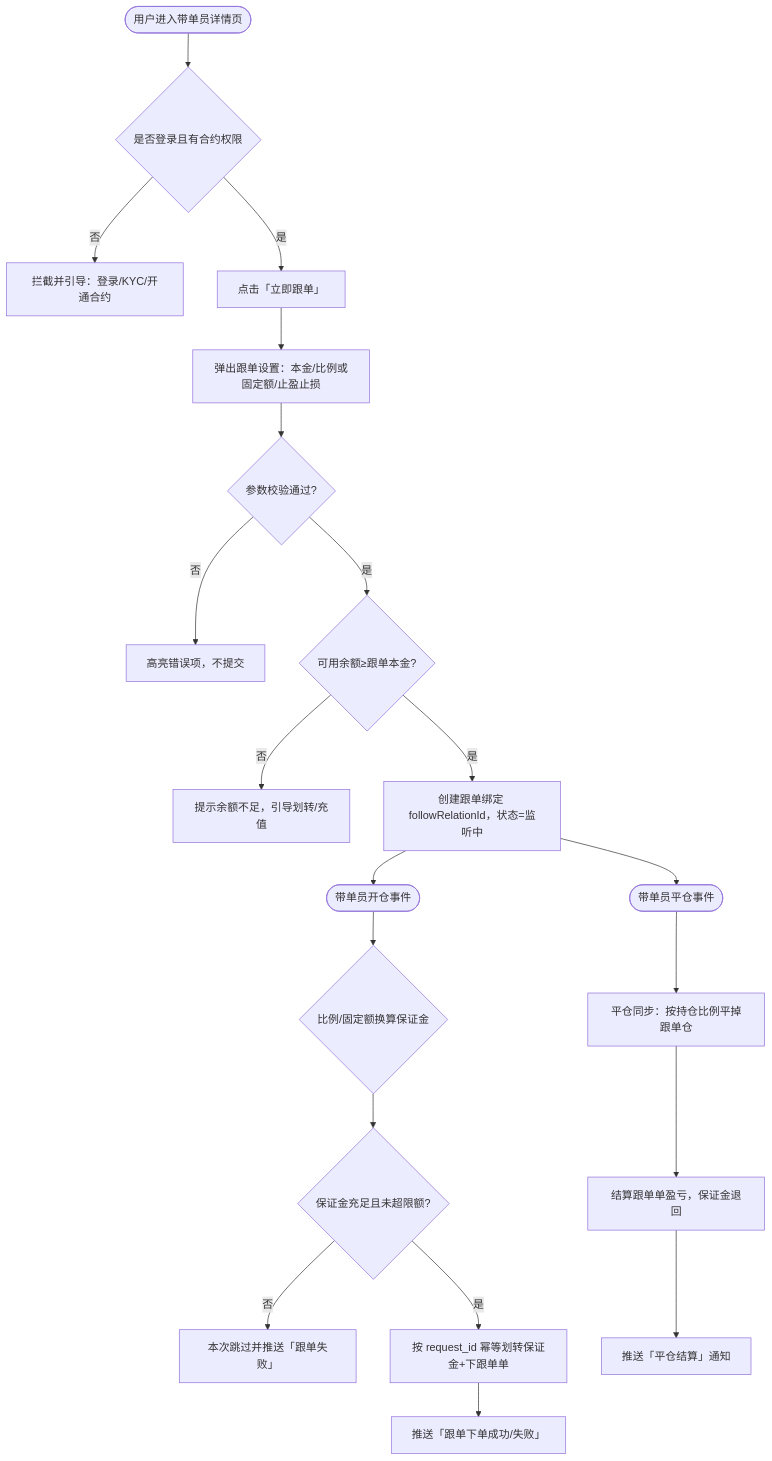
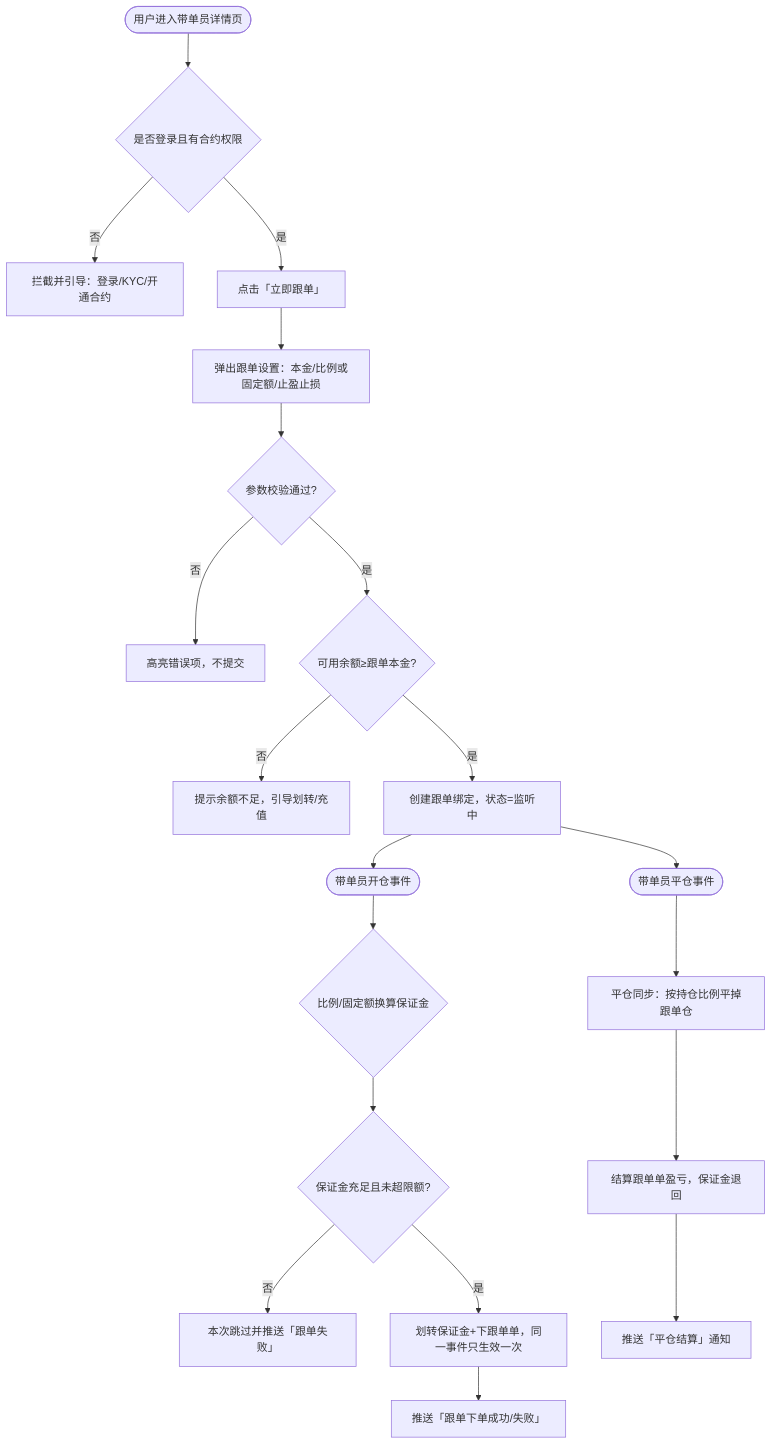
One commit to InanisV/my-claude-skills changed the diagram in prd-authoring-kit/references/examples/example-copytrading-PASS.md. Above: the diagram before and after it, drawn with Mermaid. The commit also changed other lines of this file and 58 other files, not shown here.

````diff
--- a/prd-authoring-kit/references/examples/example-copytrading-PASS.md
+++ b/prd-authoring-kit/references/examples/example-copytrading-PASS.md
@@ -83,22 +83,22 @@
 ```mermaid
 flowchart TD
   A([用户进入带单员详情页]) --> B{是否登录且有合约权限}
   B -- 否 --> B1[拦截并引导：登录/KYC/开通合约]
   B -- 是 --> C[点击「立即跟单」]
   C --> D[弹出跟单设置：本金/比例或固定额/止盈止损]
   D --> E{参数校验通过?}
   E -- 否 --> E1[高亮错误项，不提交]
   E -- 是 --> F{可用余额≥跟单本金?}
   F -- 否 --> F1[提示余额不足，引导划转/充值]
-  F -- 是 --> G[创建跟单绑定 followRelationId，状态=监听中]
+  F -- 是 --> G[创建跟单绑定，状态=监听中]
   G --> H([带单员开仓事件])
   G --> K([带单员平仓事件])
   H --> H1{比例/固定额换算保证金}
   H1 --> H2{保证金充足且未超限额?}
   H2 -- 否 --> H3[本次跳过并推送「跟单失败」]
-  H2 -- 是 --> H4[按 request_id 幂等划转保证金+下跟单单]
+  H2 -- 是 --> H4[划转保证金+下跟单单，同一事件只生效一次]
   H4 --> H5[推送「跟单下单成功/失败」]
   K --> K1[平仓同步：按持仓比例平掉跟单仓]
   K1 --> K2[结算跟单单盈亏，保证金退回]
   K2 --> K3[推送「平仓结算」通知]
 ```
````
